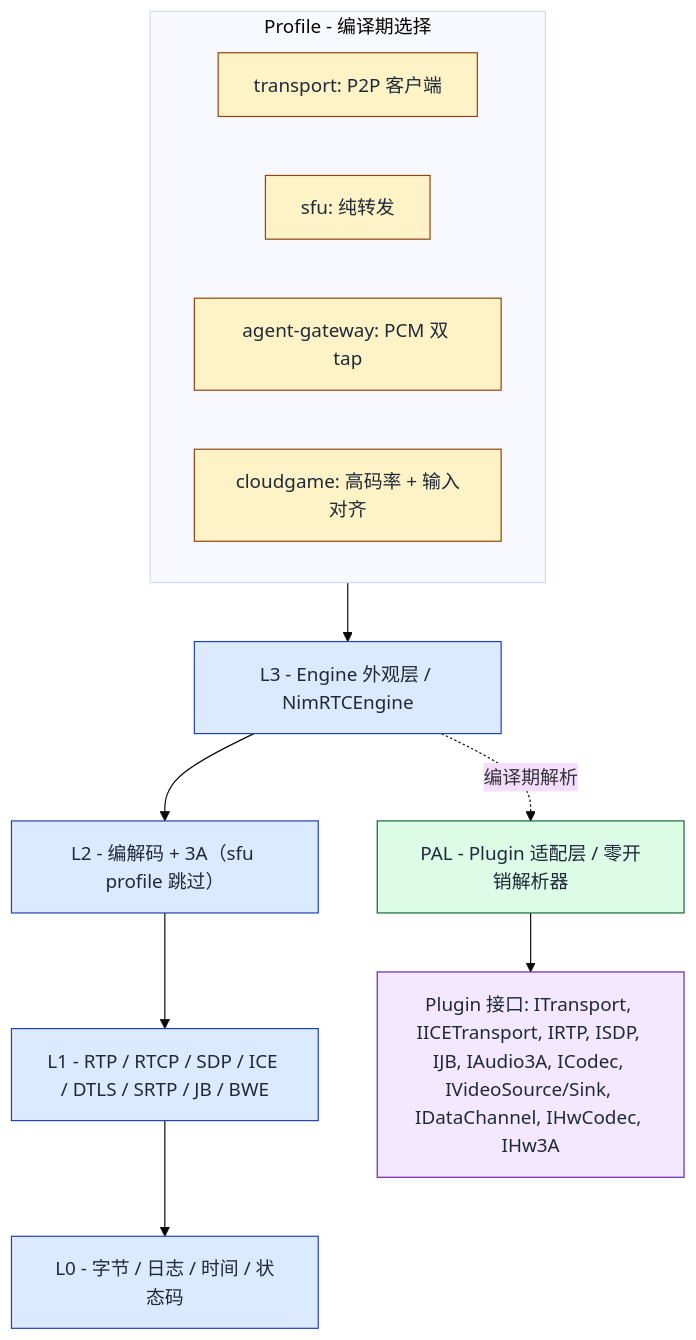
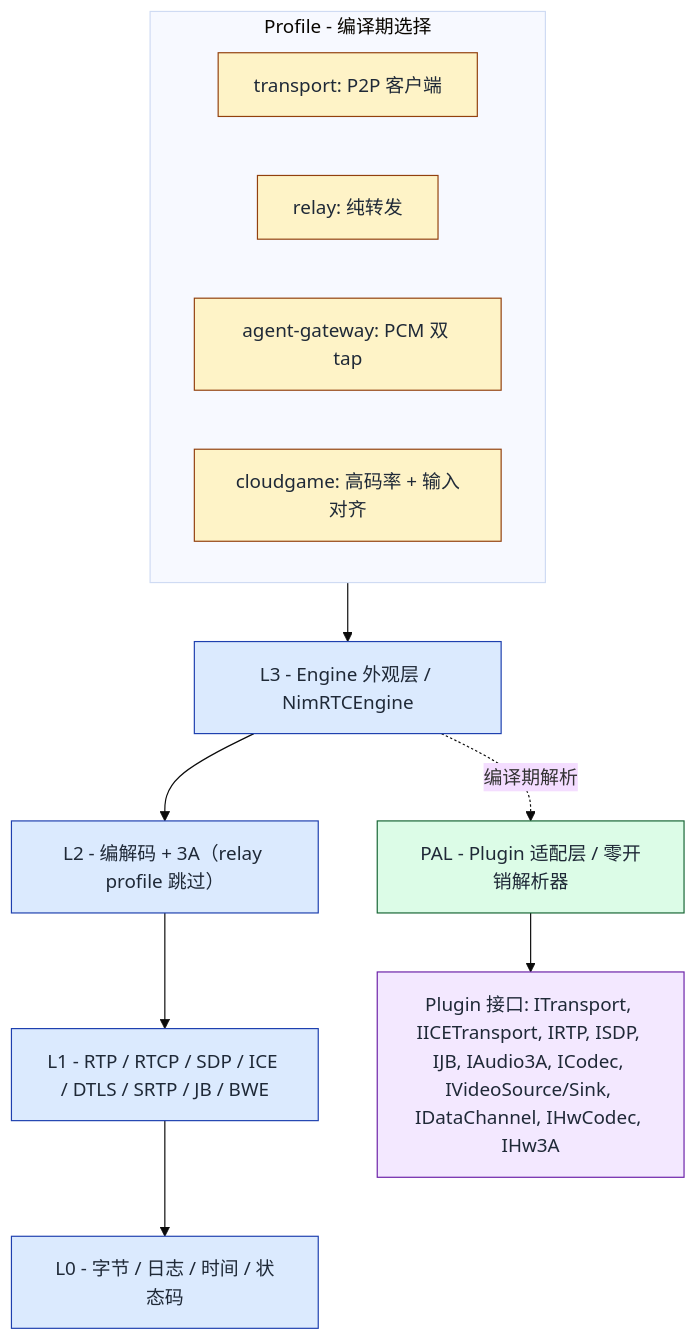
Before and after one commit to NimRTC/nimrtc: the diagram in README.zh.md, drawn with Mermaid (base theme). The commit also changed other lines of this file and 13 other files, not shown here.

````diff
--- a/README.zh.md
+++ b/README.zh.md
@@ -276,26 +276,26 @@
 ```mermaid
 flowchart TB
     subgraph PROF["Profile - 编译期选择"]
         P1["transport: P2P 客户端"]
-        P2["sfu: 纯转发"]
+        P2["relay: 纯转发"]
         P3["agent-gateway: PCM 双 tap"]
         P4["cloudgame: 高码率 + 输入对齐"]
     end
 
     PROF --> L3
-    L3["L3 - Engine 外观层 / NimRTCEngine"] --> L2["L2 - 编解码 + 3A（sfu profile 跳过）"]
+    L3["L3 - Engine 外观层 / NimRTCEngine"] --> L2["L2 - 编解码 + 3A（relay profile 跳过）"]
     L2 --> L1["L1 - RTP / RTCP / SDP / ICE / DTLS / SRTP / JB / BWE"]
     L1 --> L0["L0 - 字节 / 日志 / 时间 / 状态码"]
 
     L3 -. 编译期解析 .-> PAL["PAL - Plugin 适配层 / 零开销解析器"]
     PAL --> PLG["Plugin 接口: ITransport, IICETransport, IRTP, ISDP, IJB, IAudio3A, ICodec, IVideoSource/Sink, IDataChannel, IHwCodec, IHw3A"]
 
     classDef profile fill:#fef3c7,stroke:#92400e,color:#1f2937
     classDef layer   fill:#dbeafe,stroke:#1e40af,color:#1f2937
     classDef pal     fill:#dcfce7,stroke:#166534,color:#1f2937
     classDef plugin  fill:#f3e8ff,stroke:#6b21a8,color:#1f2937
     class P1,P2,P3,P4 profile
     class L0,L1,L2,L3 layer
     class PAL pal
     class PLG plugin
 ```
````
